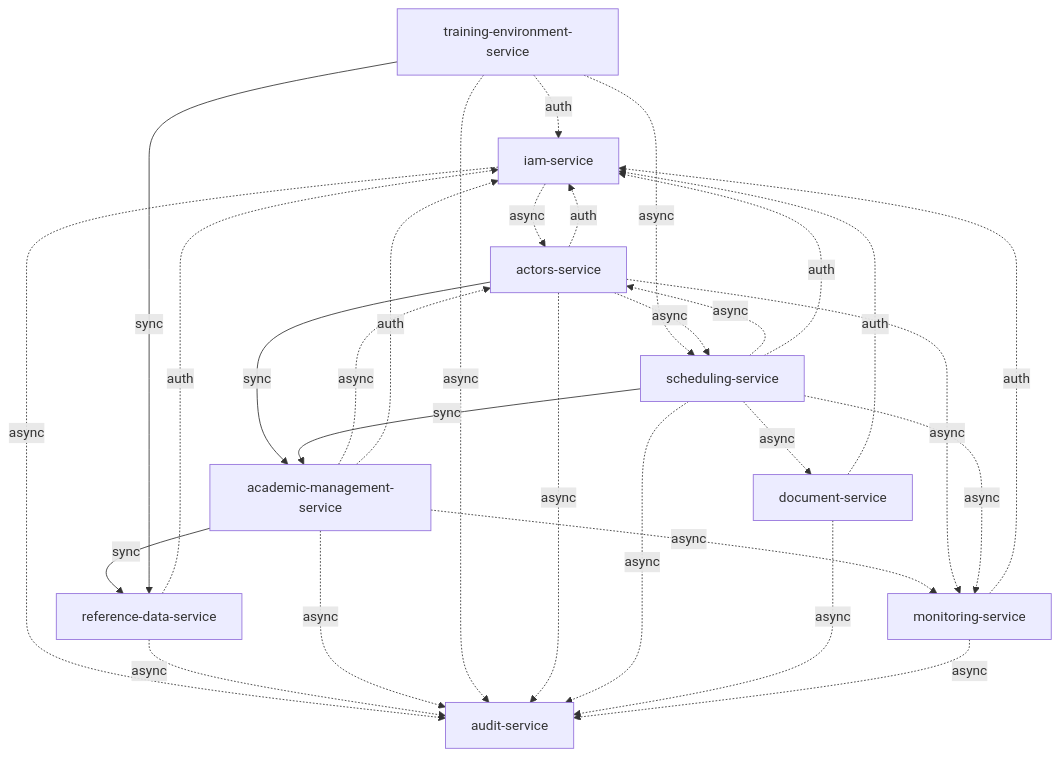
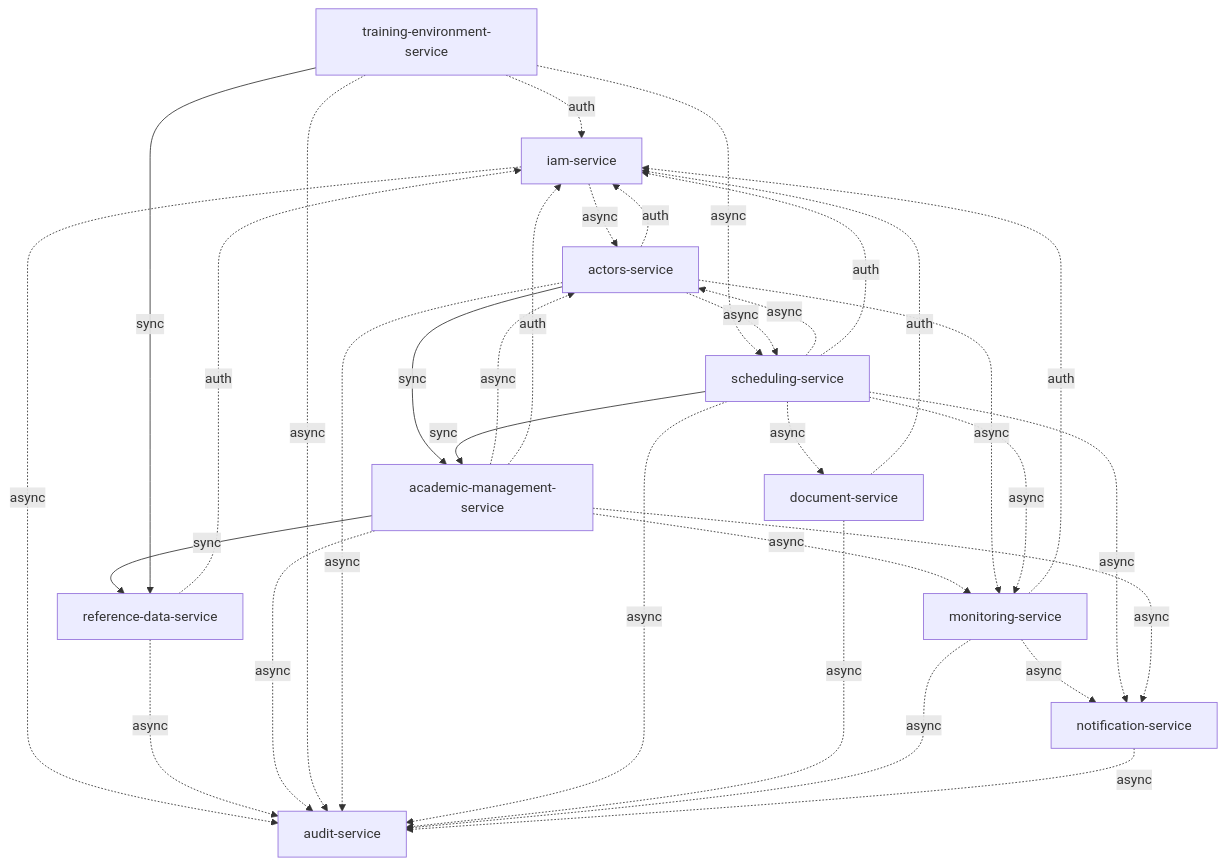
The diagram in 09-microservices/dependency-map.md (sharithsaavedra1/design-software-docs), drawn with Mermaid before and after one commit. The commit also changed other lines of this file and 6 other files, not shown here.

````diff
--- a/09-microservices/dependency-map.md
+++ b/09-microservices/dependency-map.md
@@ -33,46 +33,51 @@
 ```mermaid
 graph TD
     IAM[iam-service]
     REF[reference-data-service]
     ACAD[academic-management-service]
     ENV[training-environment-service]
     ACT[actors-service]
     SCH[scheduling-service]
     DOC[document-service]
     MON[monitoring-service]
     AUD[audit-service]
+    NOT[notification-service]
 
     %% --- Dependencias síncronas (líneas sólidas) ---
     ACAD -->|sync| REF
     ENV -->|sync| REF
     ACT -->|sync| ACAD
     SCH -->|sync| ACAD
 
     %% --- Dependencias asíncronas / eventos (líneas punteadas) ---
     IAM -.->|async| AUD
     IAM -.->|async| ACT
     REF -.->|async| AUD
     ACAD -.->|async| AUD
     ACAD -.->|async| MON
     ACAD -.->|async| ACT
     ENV -.->|async| AUD
     ENV -.->|async| SCH
     ACT -.->|async| AUD
     ACT -.->|async| MON
     ACT -.->|async| SCH
     SCH -.->|async| AUD
     SCH -.->|async| MON
     SCH -.->|async| ACT
     SCH -.->|async| DOC
     DOC -.->|async| AUD
     MON -.->|async| AUD
+    MON -.->|async| NOT
+    SCH -.->|async| NOT
+    ACAD -.->|async| NOT
+    NOT -.->|async| AUD
 
     %% --- Autenticación (todos → iam) ---
     REF -.->|auth| IAM
     ACAD -.->|auth| IAM
     ENV -.->|auth| IAM
     ACT -.->|auth| IAM
     SCH -.->|auth| IAM
     DOC -.->|auth| IAM
     MON -.->|auth| IAM
 ```
````
